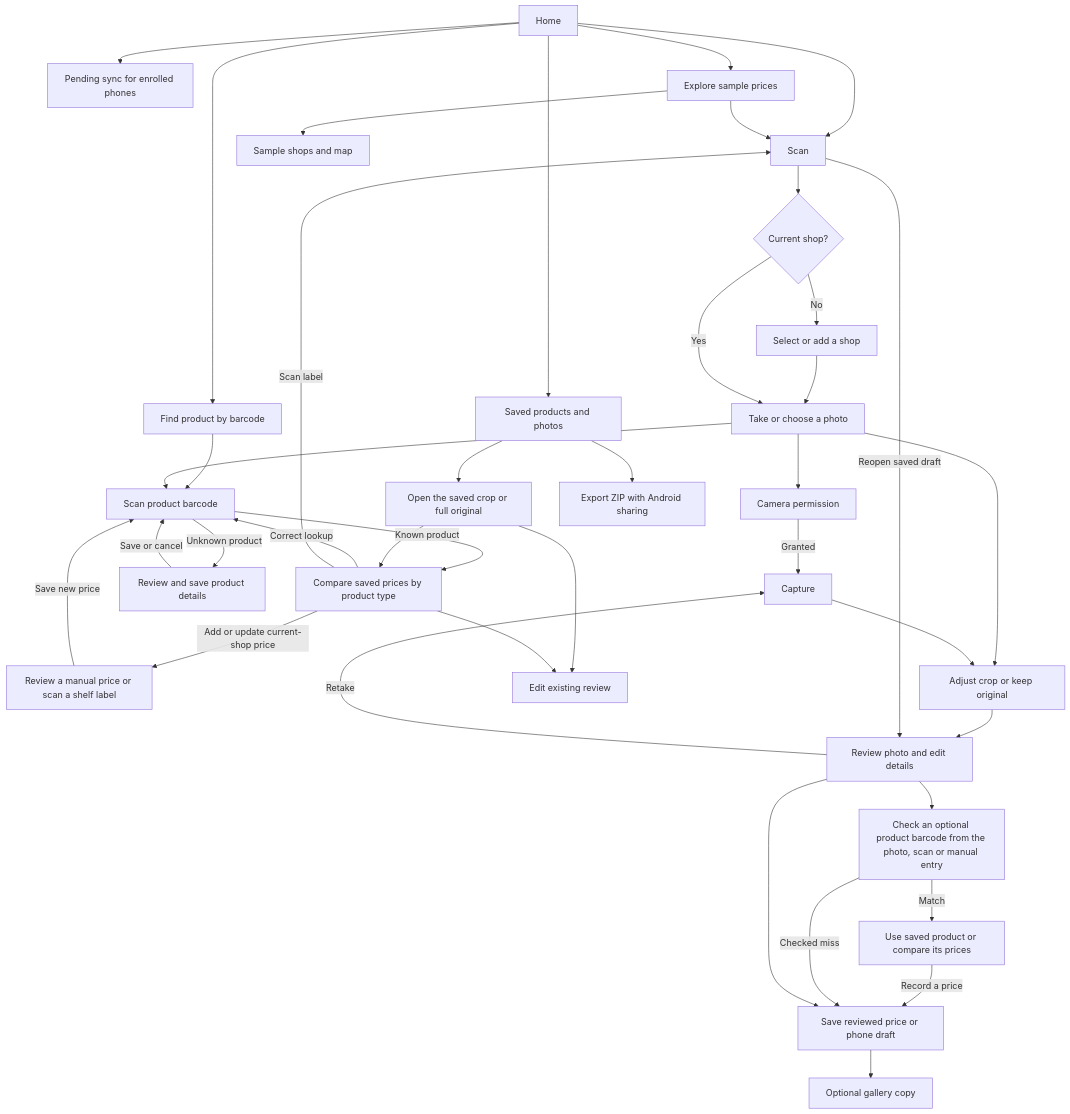
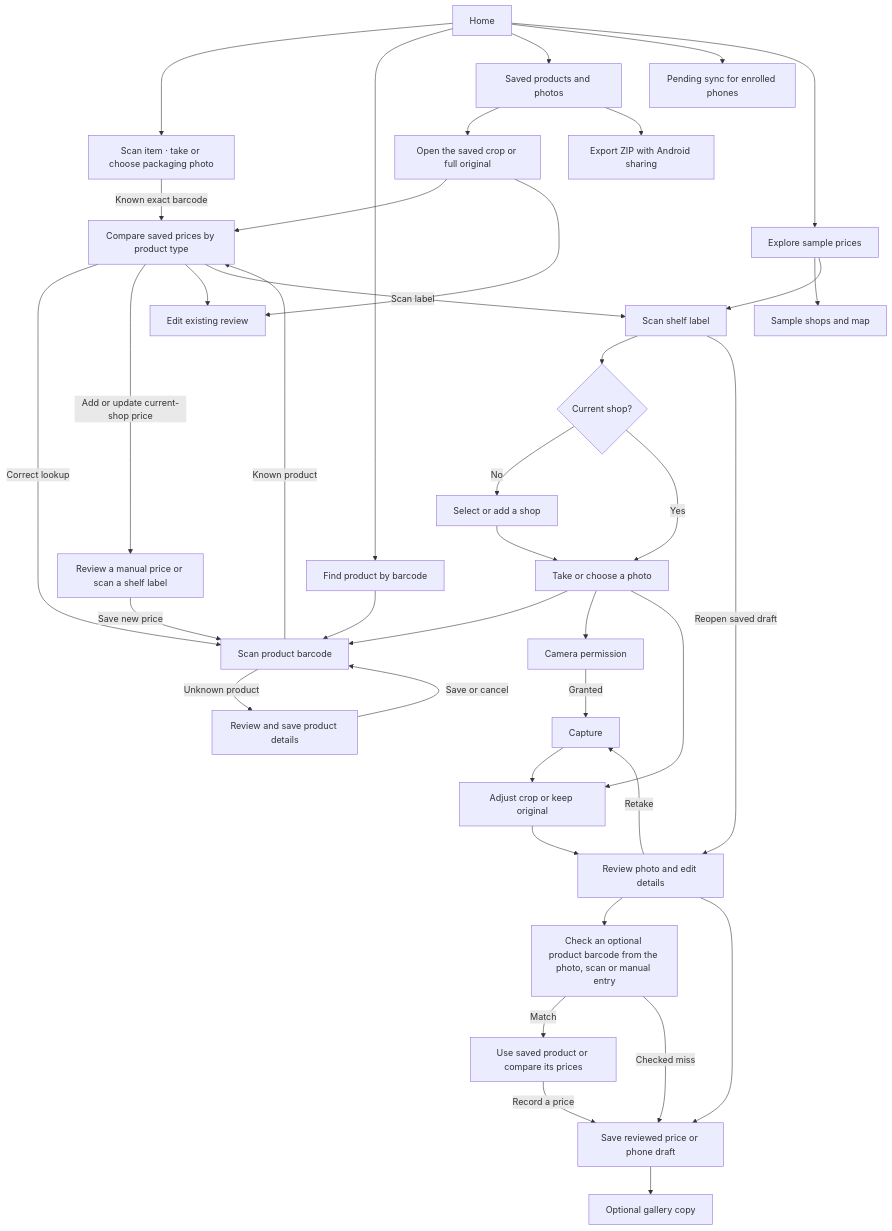
One commit to Maratatasan/cheapo-app changed the diagram in docs/app-map.md. Above: the diagram before and after it, drawn with Mermaid. The commit also changed other lines of this file and 8 other files, not shown here.

Commit message:
Find exact product barcodes from a packaging photo

````diff
--- a/docs/app-map.md
+++ b/docs/app-map.md
@@ -14,41 +15,42 @@
 ```mermaid
 flowchart TD
-    Home --> Scan
+    Home --> PackagePhoto["Scan item · take or choose packaging photo"]
+    PackagePhoto -->|Known exact barcode| Compare
     Home --> Lookup["Find product by barcode"]
     Lookup --> Barcode
-    Scan --> CurrentShop{"Current shop?"}
+    Scan["Scan shelf label"] --> CurrentShop{"Current shop?"}
     CurrentShop -->|No| ChooseShop["Select or add a shop"]
     ChooseShop --> Source["Take or choose a photo"]
     CurrentShop -->|Yes| Source
     Source --> Barcode["Scan product barcode"]
     Barcode -->|Known product| Compare
     Compare -->|Correct lookup| Barcode
     Compare -->|Add or update current-shop price| PriceReview["Review a manual price or scan a shelf label"]
     PriceReview -->|Save new price| Barcode
     Barcode -->|Unknown product| AddProduct["Review and save product details"]
     AddProduct -->|Save or cancel| Barcode
     Source --> Permission["Camera permission"]
     Source --> Crop
     Permission -->|Granted| Capture
     Capture --> Crop["Adjust crop or keep original"]
     Crop --> Review["Review photo and edit details"]
     Review -->|Retake| Capture
     Review --> BarcodeReview["Check an optional product barcode from the photo, scan or manual entry"]
     BarcodeReview -->|Match| Reuse["Use saved product or compare its prices"]
     Reuse -->|Record a price| Save["Save reviewed price or phone draft"]
     BarcodeReview -->|Checked miss| Save
     Review --> Save
     Save --> Gallery["Optional gallery copy"]
     Home --> Saved["Saved products and photos"]
     Home --> Pending["Pending sync for enrolled phones"]
     Saved --> SavedPhoto["Open the saved crop or full original"]
     SavedPhoto --> Compare["Compare saved prices by product type"]
     SavedPhoto --> Edit["Edit existing review"]
     Compare --> Edit
     Compare -->|Scan label| Scan
     Saved --> Export["Export ZIP with Android sharing"]
     Scan -->|Reopen saved draft| Review
     Home --> Results["Explore sample prices"]
     Results --> Shops["Sample shops and map"]
     Results --> Scan
 ```
````
